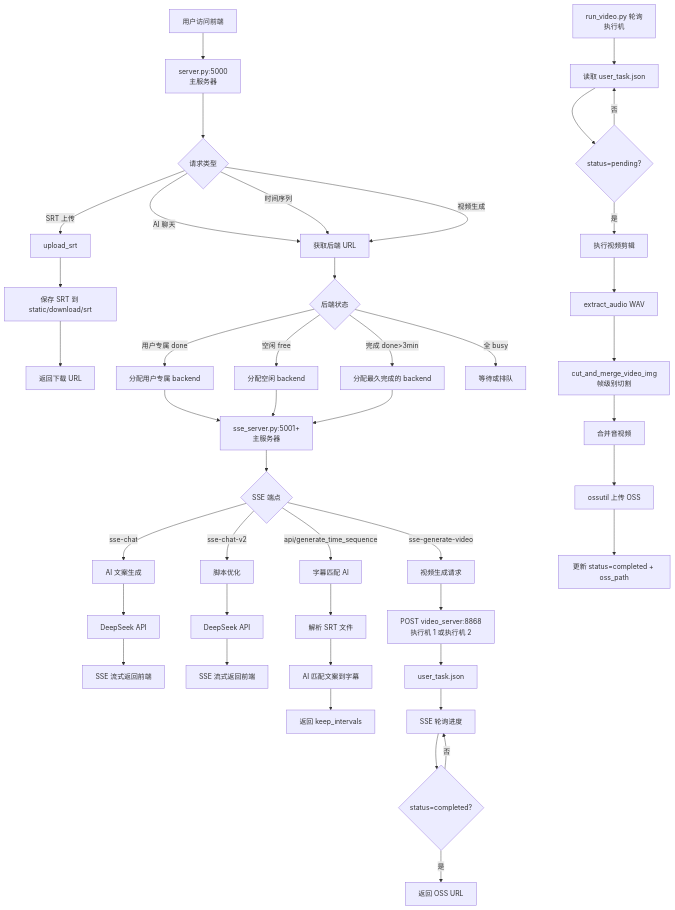
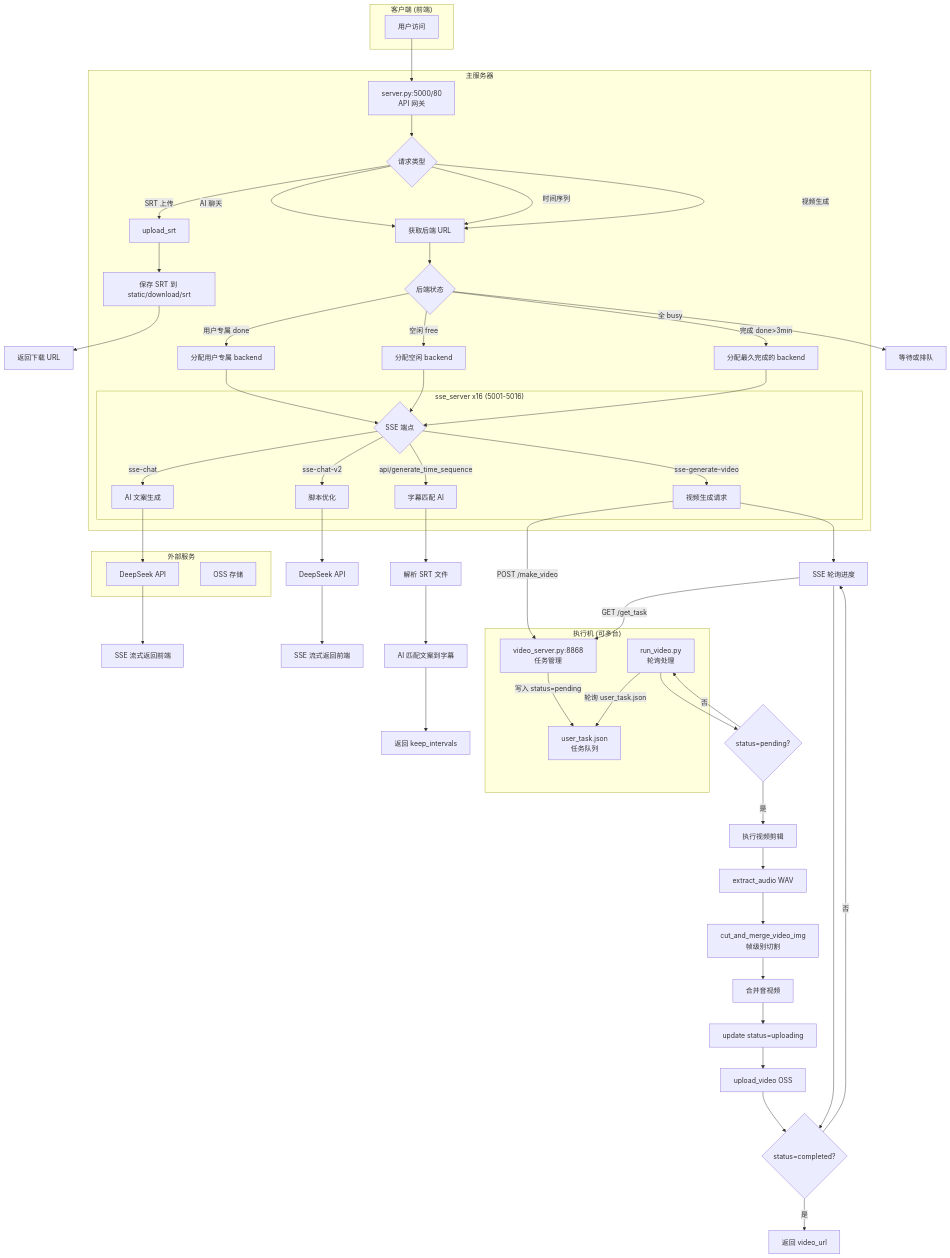
Before and after one commit to nii8/split_video: the first of 3 diagrams in TECHNICAL_DOCS.md, drawn with Mermaid. The commit also changed other lines of this file, not shown here.

````diff
--- a/TECHNICAL_DOCS.md
+++ b/TECHNICAL_DOCS.md
@@ -123,33 +129,69 @@
 ```mermaid
 flowchart TD
-    A[用户访问前端] --> B[server.py:5000<br/>主服务器]
-    B --> C{请求类型}
+    subgraph Client["客户端 (前端)"]
+        A[用户访问]
+    end
 
-    C -->|SRT 上传 | D[upload_srt]
-    C -->|AI 聊天 | E[获取后端 URL]
+    subgraph MainServer["主服务器"]
+        B[server.py:5000/80<br/>API 网关]
+        C{请求类型}
+        E[获取后端 URL]
+
+        subgraph SSE["sse_server x16 (5001-5016)"]
+            J1{SSE 端点}
+            K[AI 文案生成]
+            L[脚本优化]
+            M[字幕匹配 AI]
+            N[视频生成请求]
+        end
+
+        F{后端状态}
+        G1[分配用户专属 backend]
+        G2[分配空闲 backend]
+        G3[分配最久完成的 backend]
+
+        D[upload_srt]
+        D1[保存 SRT 到 static/download/srt]
+    end
+
+    subgraph Worker["执行机 (可多台)"]
+        N1[video_server.py:8868<br/>任务管理]
+        N2[user_task.json<br/>任务队列]
+        O[run_video.py<br/>轮询处理]
+    end
+
+    subgraph External["外部服务"]
+        K1[DeepSeek API]
+        S[OSS 存储]
+    end
+
+    A --> B
+    B --> C
+
+    C -->|SRT 上传 | D
+    C -->|AI 聊天 | E
     C -->|时间序列 | E
     C -->|视频生成 | E
 
-    D --> D1[保存 SRT 到 static/download/srt]
+    D --> D1
     D1 --> D2[返回下载 URL]
 
-    E --> F{后端状态}
-    F -->|用户专属 done| G1[分配用户专属 backend]
-    F -->|空闲 free| G2[分配空闲 backend]
-    F -->|完成 done>3min| G3[分配最久完成的 backend]
+    E --> F
+    F -->|用户专属 done| G1
+    F -->|空闲 free| G2
+    F -->|完成 done>3min| G3
     F -->|全 busy| H[等待或排队]
 
-    G1 --> J[sse_server.py:5001+<br/>主服务器]
-    G2 --> J
-    G3 --> J
+    G1 --> J1
+    G2 --> J1
+    G3 --> J1
 
-    J --> J1{SSE 端点}
-    J1 -->|sse-chat| K[AI 文案生成]
-    J1 -->|sse-chat-v2| L[脚本优化]
-    J1 -->|api/generate_time_sequence| M[字幕匹配 AI]
-    J1 -->|sse-generate-video| N[视频生成请求]
+    J1 -->|sse-chat| K
+    J1 -->|sse-chat-v2| L
+    J1 -->|api/generate_time_sequence| M
+    J1 -->|sse-generate-video| N
 
-    K --> K1[DeepSeek API]
+    K --> K1
     K1 --> K2[SSE 流式返回前端]
 
     L --> L1[DeepSeek API]
@@ -159,22 +201,24 @@
     M1 --> M2[AI 匹配文案到字幕]
     M2 --> M3[返回 keep_intervals]
 
-    N --> N1[POST video_server:8868<br/>执行机 1 或执行机 2]
-    N1 --> N2[user_task.json]
-    N2 --> N3[SSE 轮询进度]
+    N -->|POST /make_video| N1
+    N1 -->|写入 status=pending| N2
 
-    O[run_video.py 轮询<br/>执行机] --> O1[读取 user_task.json]
-    O1 --> O2{status=pending?}
-    O2 -->|是 | O3[执行视频剪辑]
-    O2 -->|否 | O1
+    O -->|轮询 user_task.json| N2
+    O --> O1{status=pending?}
+    O1 -->|是 | O2[执行视频剪辑]
+    O1 -->|否 | O
 
-    O3 --> P[extract_audio WAV]
+    O2 --> P[extract_audio WAV]
     P --> Q[cut_and_merge_video_img<br/>帧级别切割]
     Q --> R[合并音视频]
-    R --> S[ossutil 上传 OSS]
-    S --> T[更新 status=completed + oss_path]
+    R --> T1[update status=uploading]
+    T1 --> U[upload_video OSS]
+    U --> V[update status=completed + oss_path]
 
+    N --> N3[SSE 轮询进度]
+    N3 -->|GET /get_task| N1
     N3 --> V{status=completed?}
-    V -->|是 | W[返回 OSS URL]
+    V -->|是 | W[返回 video_url]
     V -->|否 | N3
 ```
````
